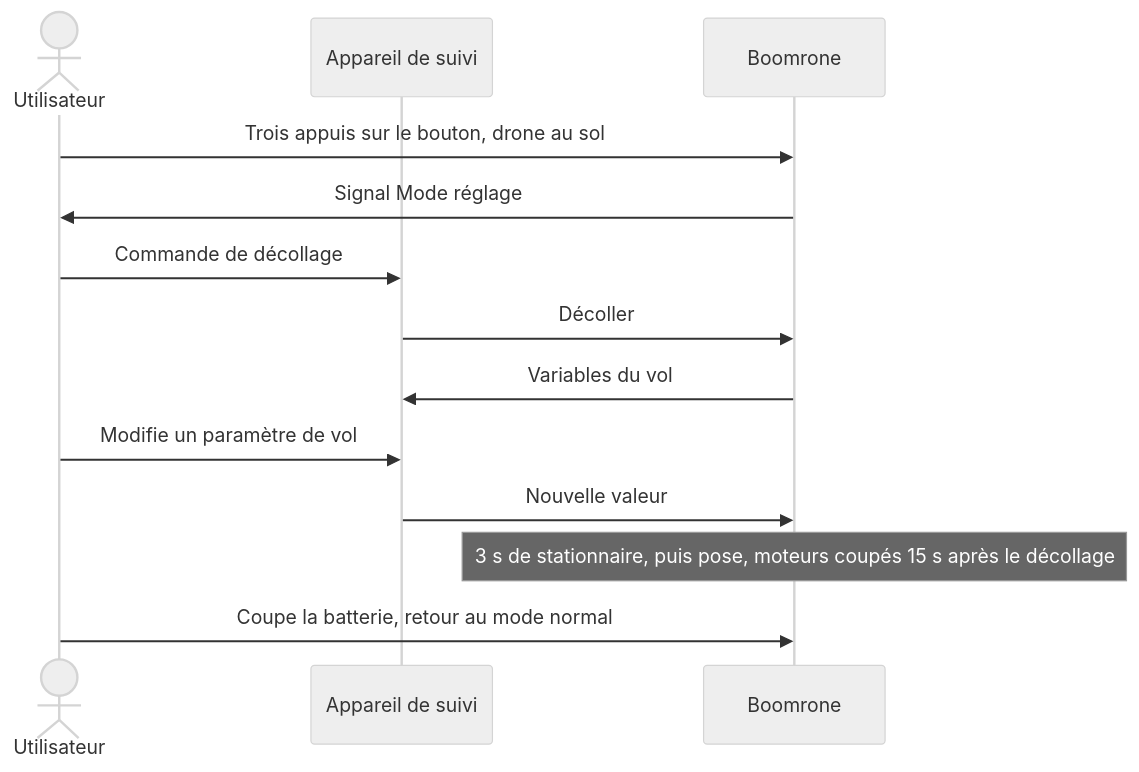
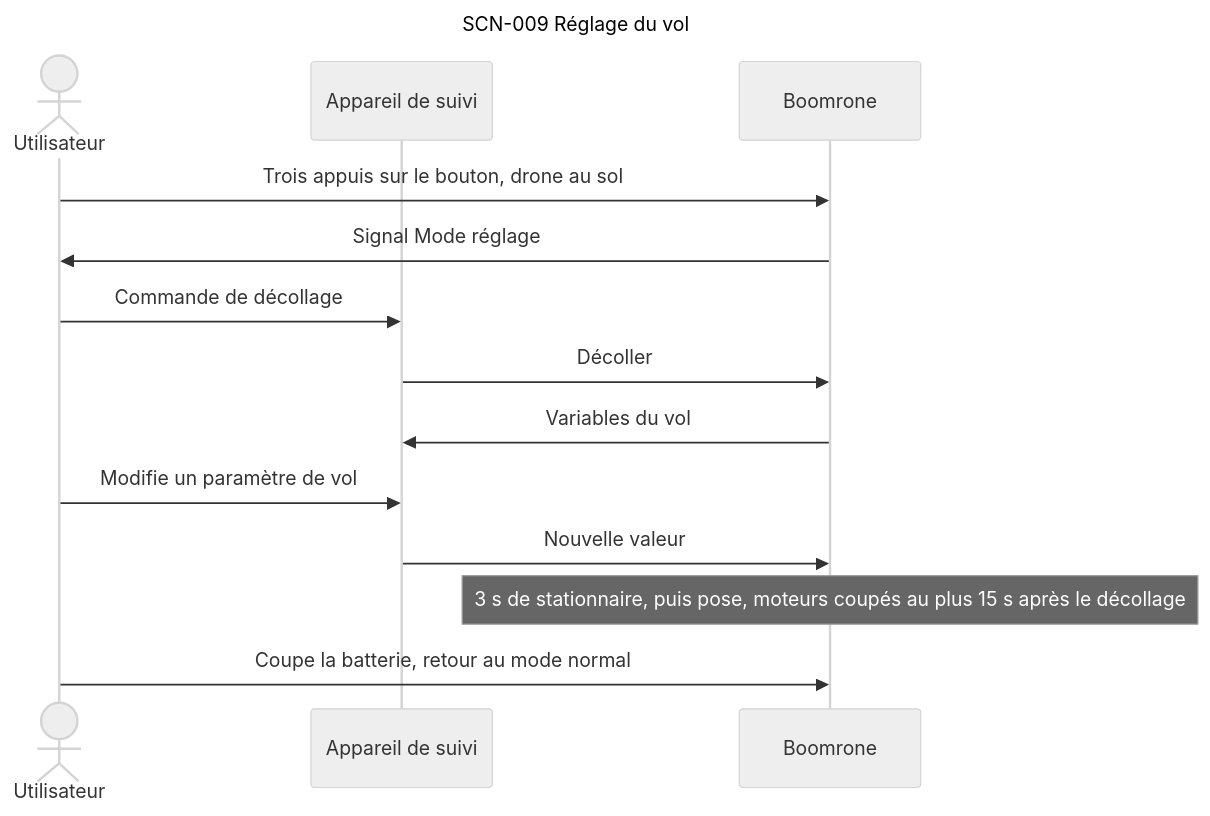
Before and after one commit to thourymatthieu-png/coworker_archi_system: diagram 11 of 13 in projets/boomrone/00-scenarios.md, drawn with Mermaid (neutral theme). The commit also changed other lines of this file and 3 other files, not shown here.

````diff
--- a/projets/boomrone/00-scenarios.md
+++ b/projets/boomrone/00-scenarios.md
@@ -296,15 +351,18 @@
 ```mermaid
+---
+title: "SCN-009 Réglage du vol"
+---
 sequenceDiagram
     actor U as Utilisateur
     participant A as Appareil de suivi
     participant D as Boomrone
     U->>D: Trois appuis sur le bouton, drone au sol
     D->>U: Signal Mode réglage
     U->>A: Commande de décollage
     A->>D: Décoller
     D->>A: Variables du vol
     U->>A: Modifie un paramètre de vol
     A->>D: Nouvelle valeur
-    Note over D: 3 s de stationnaire, puis pose, moteurs coupés 15 s après le décollage
+    Note over D: 3 s de stationnaire, puis pose, moteurs coupés au plus 15 s après le décollage
     U->>D: Coupe la batterie, retour au mode normal
 ```
````
